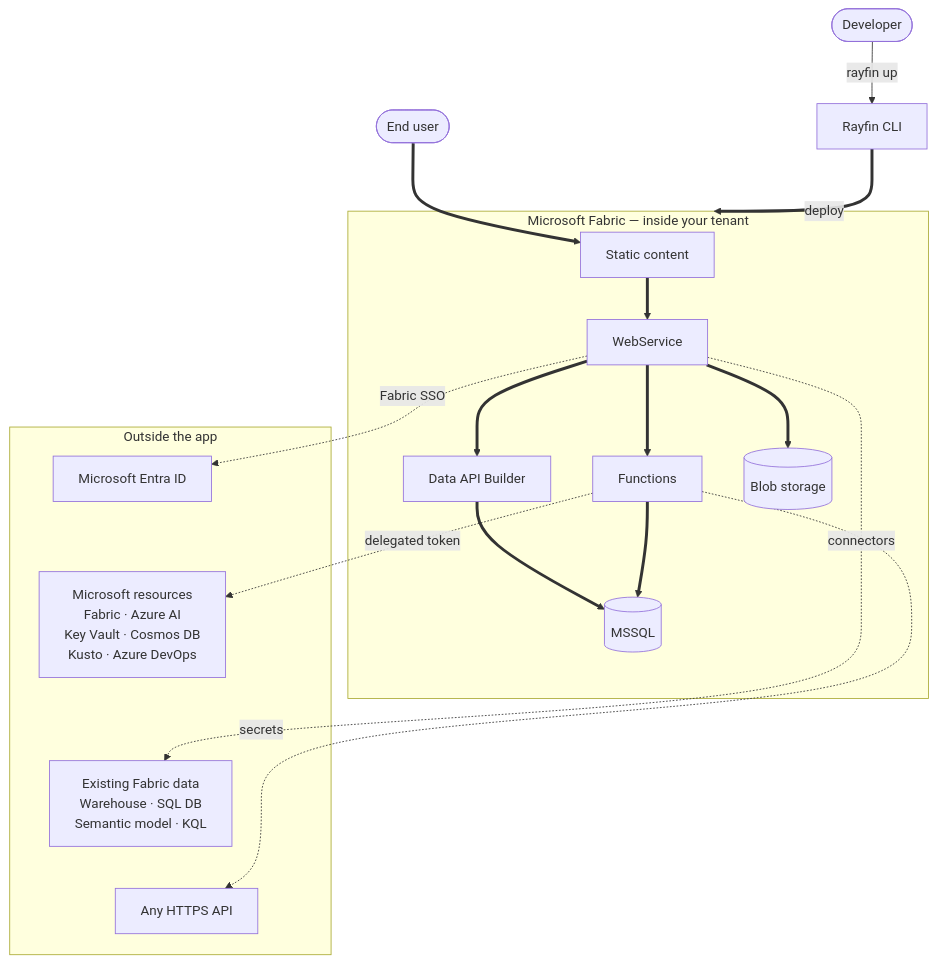
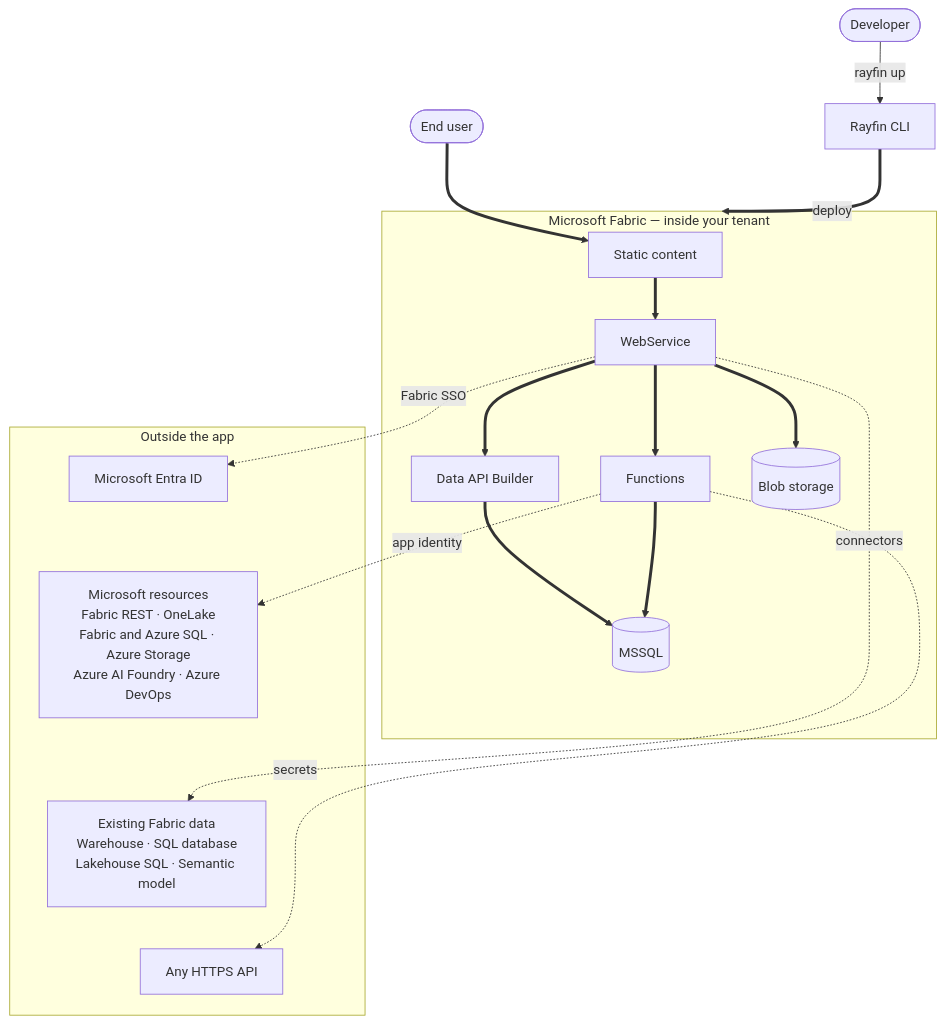
The diagram in content/docs/index.mdx (spatney/rayfin-docs), drawn with Mermaid before and after one commit. The commit also changed other lines of this file and 94 other files, not shown here.

````diff
--- a/content/docs/index.mdx
+++ b/content/docs/index.mdx
@@ -53,39 +59,39 @@
 ```mermaid
 flowchart TB
   Dev(["Developer"]) -->|"rayfin up"| CLI["Rayfin CLI"]
   CLI ==>|"deploy"| Fabric
   User(["End user"]) ==> Static
 
   subgraph Fabric["Microsoft Fabric — inside your tenant"]
     Static["Static content"]
     Web["WebService"]
     DataApi["Data API Builder"]
     Fn["Functions"]
     Blob[("Blob storage")]
     MSSQL[("MSSQL")]
   end
 
   subgraph Outside["Outside the app"]
     Entra["Microsoft Entra ID"]
-    MSRes["Microsoft resources<br/>Fabric · Azure AI<br/>Key Vault · Cosmos DB<br/>Kusto · Azure DevOps"]
-    Sources["Existing Fabric data<br/>Warehouse · SQL DB<br/>Semantic model · KQL"]
+    MSRes["Microsoft resources<br/>Fabric REST · OneLake<br/>Fabric and Azure SQL · Azure Storage<br/>Azure AI Foundry · Azure DevOps"]
+    Sources["Existing Fabric data<br/>Warehouse · SQL database<br/>Lakehouse SQL · Semantic model"]
     AnyApi["Any HTTPS API"]
     Entra ~~~ MSRes ~~~ Sources ~~~ AnyApi
   end
 
   Static ==> Web
   Web ==> DataApi ==> MSSQL
   Web ==> Fn
   Fn ==> MSSQL
   Web ==> Blob
   Web -.->|"Fabric SSO"| Entra
   Web -.->|"connectors"| Sources
-  Fn -.->|"delegated token"| MSRes
+  Fn -.->|"app identity"| MSRes
   Fn -.->|"secrets"| AnyApi
 
   class Dev,User actor
-  class CLI,Static,Web,DataApi service
+  class CLI,Static,Web,DataApi,Fn service
   class MSSQL store
-  class Fn,Blob experimental
+  class Blob experimental
   class Entra,MSRes,Sources,AnyApi external
 ```
````
